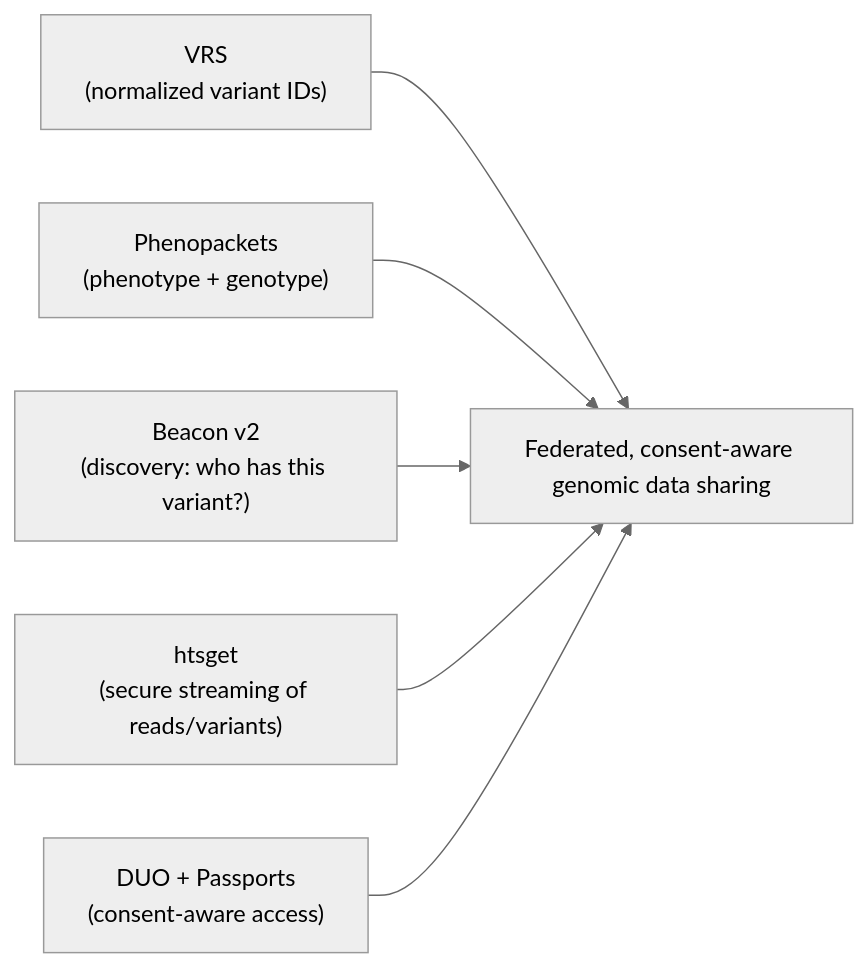
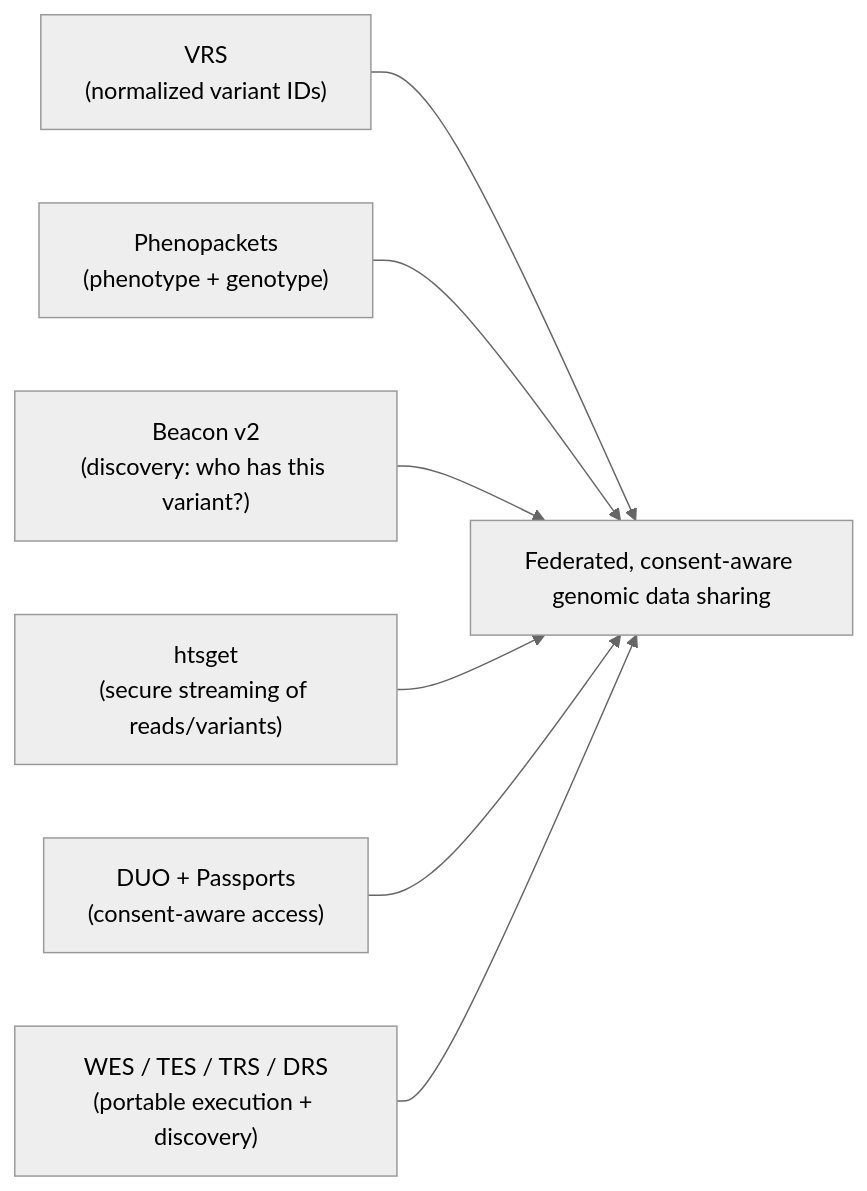
Before and after one commit to anothernoise/hls-sa: the first of 2 diagrams in docs/07-genomics/04-genomics-data-standards.md, drawn with Mermaid (neutral theme). The commit also changed other lines of this file and 2 other files, not shown here.

````diff
--- a/docs/07-genomics/04-genomics-data-standards.md
+++ b/docs/07-genomics/04-genomics-data-standards.md
@@ -17,9 +23,10 @@
 ```mermaid
 flowchart LR
   VRS["VRS<br/>(normalized variant IDs)"] --> Share
   Pheno["Phenopackets<br/>(phenotype + genotype)"] --> Share
   Beacon["Beacon v2<br/>(discovery: who has this variant?)"] --> Share
   htsget["htsget<br/>(secure streaming of reads/variants)"] --> Share
   DUO["DUO + Passports<br/>(consent-aware access)"] --> Share
+  Cloud["WES / TES / TRS / DRS<br/>(portable execution + discovery)"] --> Share
   Share["Federated, consent-aware genomic data sharing"]
 ```
````
